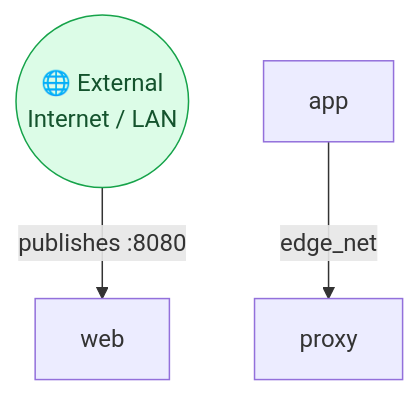
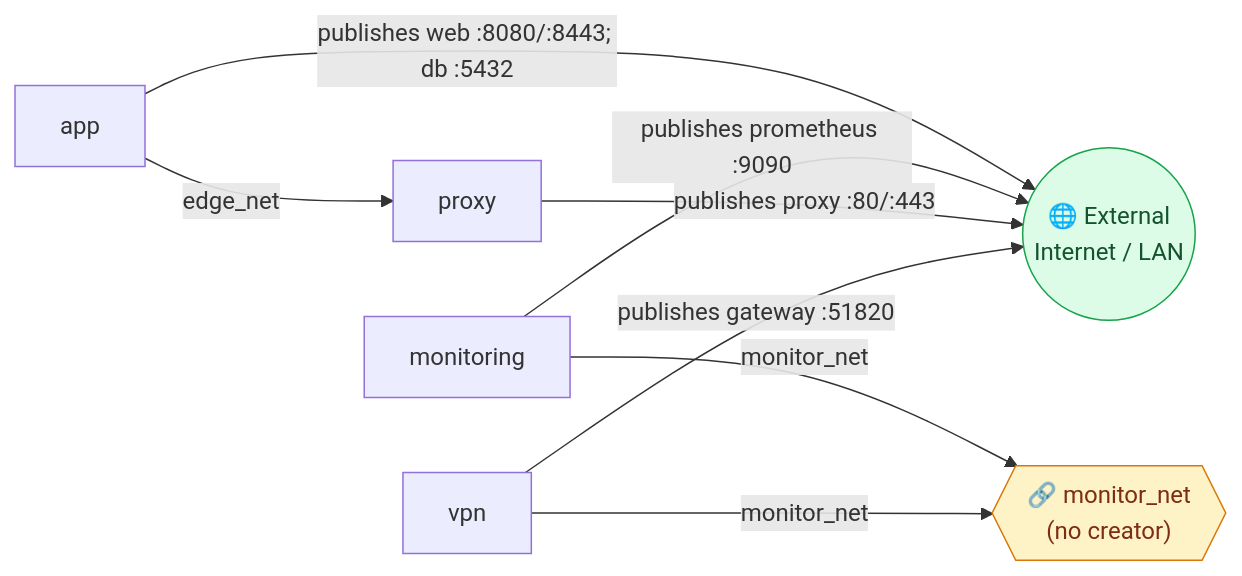
Before and after one commit to fa0311/docker-compose-map: the fourth of 4 diagrams in tests/assets/render/compose-graph.md, drawn with Mermaid. The commit also changed other lines of this file and 7 other files, not shown here.

````diff
--- a/tests/assets/render/compose-graph.md
+++ b/tests/assets/render/compose-graph.md
@@ -101,15 +178,23 @@
 ```mermaid
-graph TD
+graph LR
   outside(("🌐 External<br/>Internet / LAN"))
   c__app["app"]
+  c__monitoring["monitoring"]
   c__proxy["proxy"]
-  v__app__web["web"]
+  c__vpn["vpn"]
+  n__monitor_net{{"🔗 monitor_net<br/>(no creator)"}}
 
   c__app -->|"edge_net"| c__proxy
+  c__monitoring -->|"monitor_net"| n__monitor_net
+  c__vpn -->|"monitor_net"| n__monitor_net
 
-  outside -->|"publishes :8080"| v__app__web
+  c__app -->|"publishes web :8080/:8443; db :5432"| outside
+  c__monitoring -->|"publishes prometheus :9090"| outside
+  c__proxy -->|"publishes proxy :80/:443"| outside
+  c__vpn -->|"publishes gateway :51820"| outside
 
   classDef net fill:#fef3c7,stroke:#d97706,color:#7c2d12;
   classDef out fill:#dcfce7,stroke:#16a34a,color:#14532d;
   class outside out;
+  class n__monitor_net net;
 ```
````
